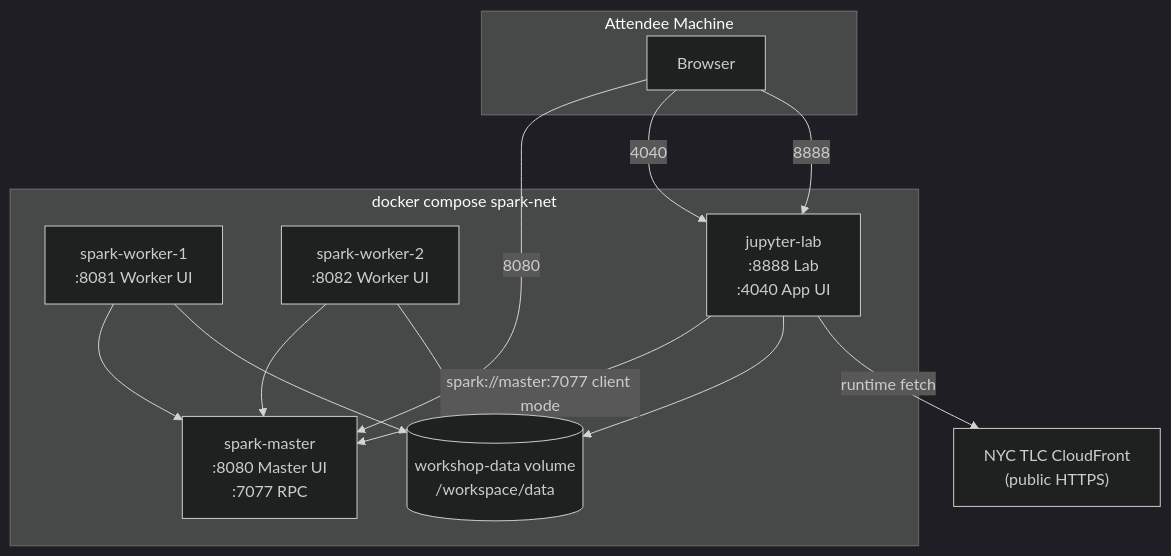
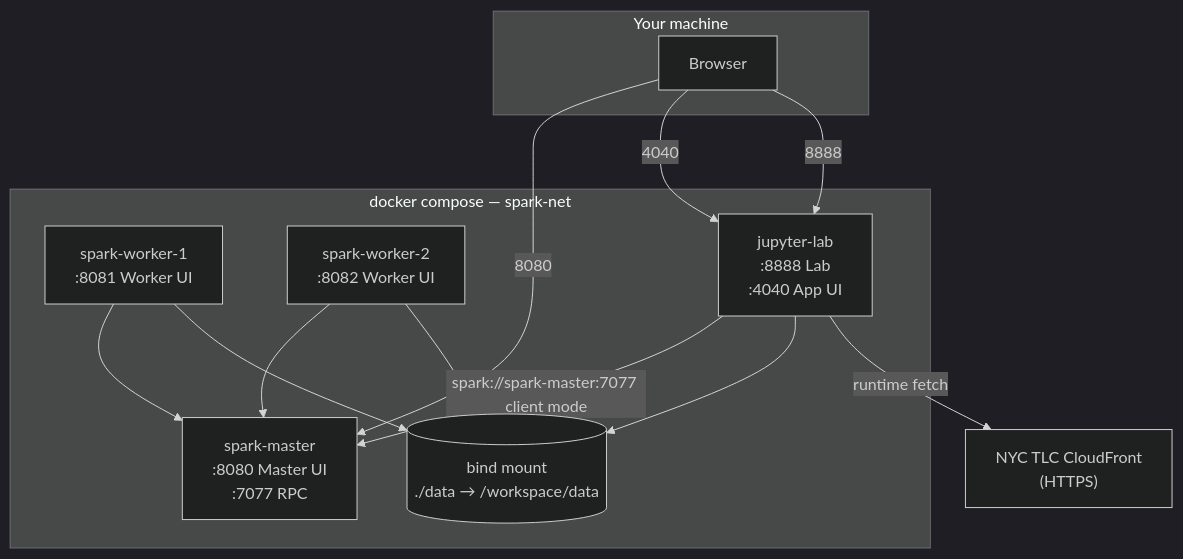
One commit to ammarchalifah/spark-workshop changed the diagram in README.md. Above: the diagram before and after it, drawn with Mermaid (dark theme). The commit also changed other lines of this file and 30 other files, not shown here.

````diff
--- a/README.md
+++ b/README.md
@@ -50,28 +80,28 @@
 ```mermaid
 flowchart TB
-    subgraph host [Attendee Machine]
+    subgraph host [Your machine]
         Browser[Browser]
     end
 
-    subgraph compose [docker compose spark-net]
+    subgraph compose [docker compose — spark-net]
         Master["spark-master\n:8080 Master UI\n:7077 RPC"]
         W1["spark-worker-1\n:8081 Worker UI"]
         W2["spark-worker-2\n:8082 Worker UI"]
         Jupyter["jupyter-lab\n:8888 Lab\n:4040 App UI"]
-        Vol[("workshop-data volume\n/workspace/data")]
+        Data[("bind mount\n./data → /workspace/data")]
     end
 
-    TLC["NYC TLC CloudFront\n(public HTTPS)"]
+    TLC["NYC TLC CloudFront\n(HTTPS)"]
 
     Browser -->|8080| Master
     Browser -->|4040| Jupyter
     Browser -->|8888| Jupyter
 
-    Jupyter -->|"spark://master:7077 client mode"| Master
+    Jupyter -->|"spark://spark-master:7077 client mode"| Master
     W1 --> Master
     W2 --> Master
-    Jupyter --> Vol
-    W1 --> Vol
-    W2 --> Vol
+    Jupyter --> Data
+    W1 --> Data
+    W2 --> Data
     Jupyter -->|"runtime fetch"| TLC
 ```
````
